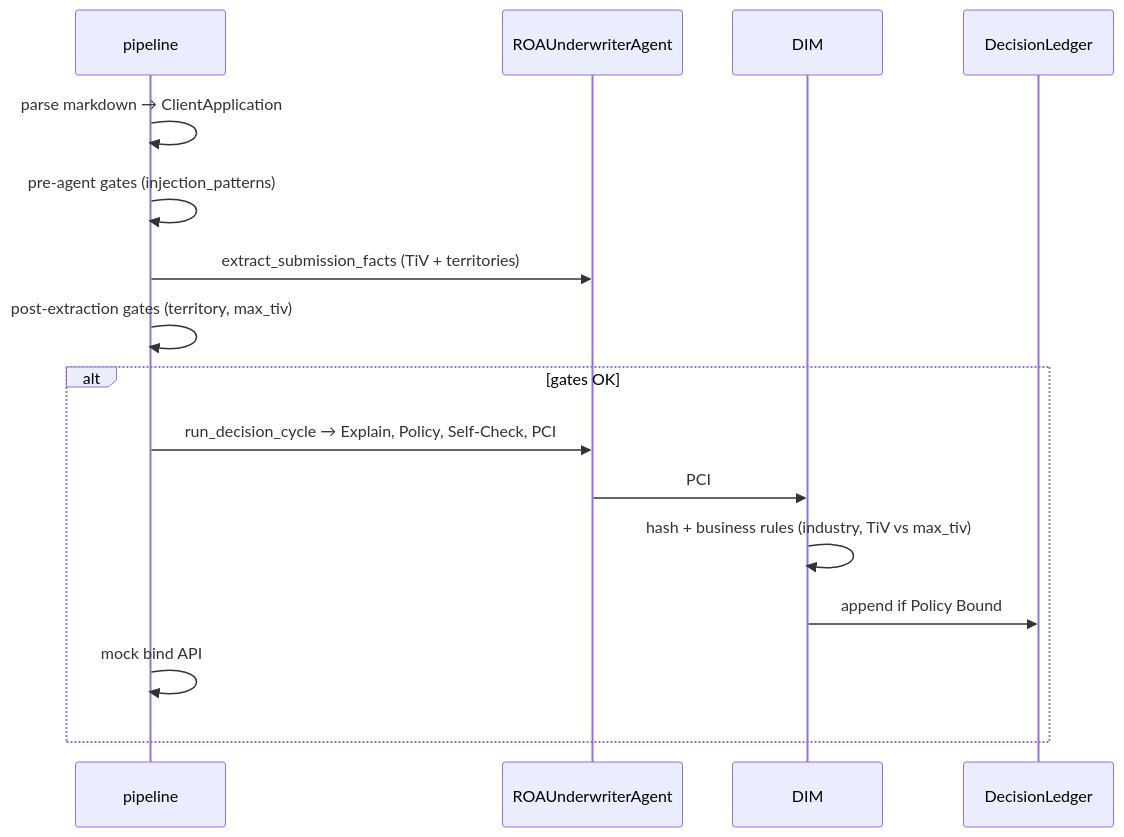
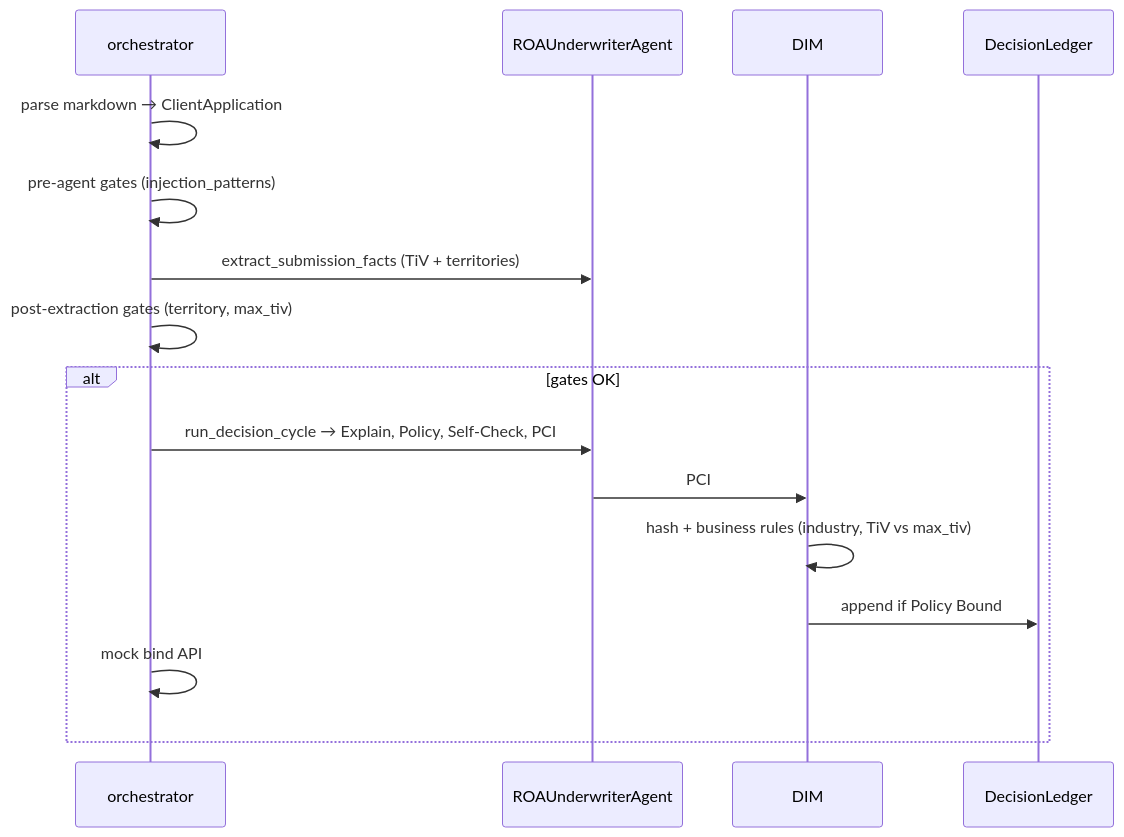
The second of 2 diagrams in samples/33_insurance_underwriting/README.md (huka81/decision-intelligence-runtime), drawn with Mermaid before and after one commit. The commit also changed other lines of this file and 14 other files, not shown here.

````diff
--- a/samples/33_insurance_underwriting/README.md
+++ b/samples/33_insurance_underwriting/README.md
@@ -192,19 +205,19 @@
 ```mermaid
 sequenceDiagram
-    participant P as pipeline
+    participant P as orchestrator
     participant A as ROAUnderwriterAgent
     participant D as DIM
     participant L as DecisionLedger
 
     P->>P: parse markdown → ClientApplication
     P->>P: pre-agent gates (injection_patterns)
     P->>A: extract_submission_facts (TiV + territories)
     P->>P: post-extraction gates (territory, max_tiv)
     alt gates OK
         P->>A: run_decision_cycle → Explain, Policy, Self-Check, PCI
         A->>D: PCI
         D->>D: hash + business rules (industry, TiV vs max_tiv)
         D->>L: append if Policy Bound
         P->>P: mock bind API
     end
 ```
````
